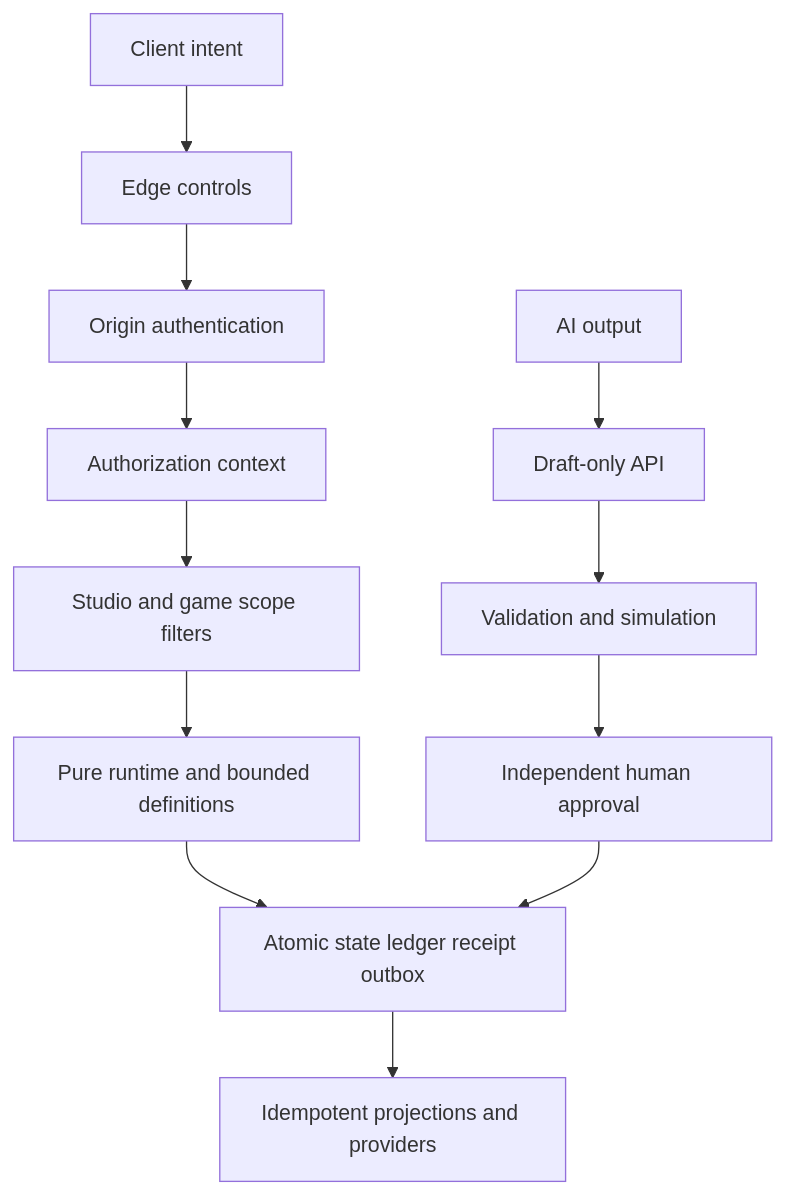
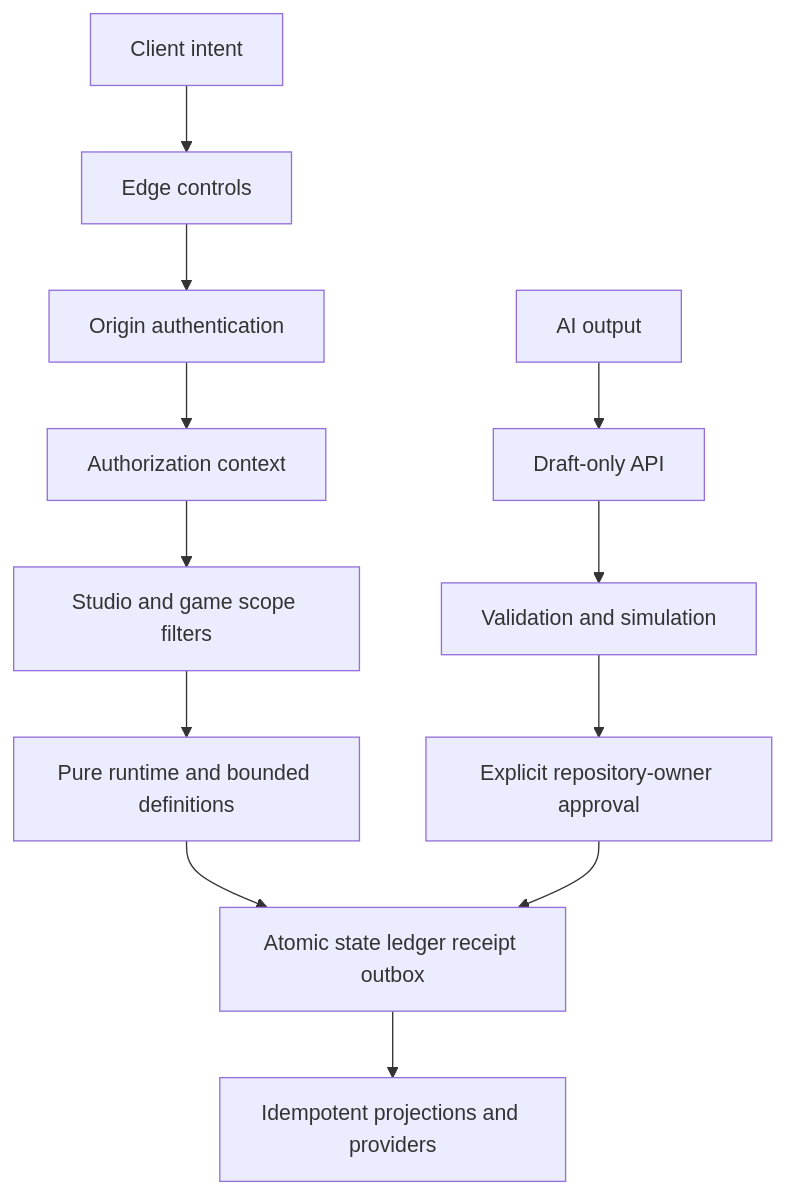
One commit to Lengrowth/LenGeas changed the diagram in docs/architecture/diagrams/threat-model.mmd. Above: the diagram before and after it, drawn with Mermaid. The commit also changed 37 other files, not shown here.

First line of the commit message:
P01-T08: align sole-owner approval documentation

```diff
--- a/docs/architecture/diagrams/threat-model.mmd
+++ b/docs/architecture/diagrams/threat-model.mmd
@@ -1,12 +1,12 @@
 flowchart TD
   C[Client intent] --> E[Edge controls]
   E --> A[Origin authentication]
   A --> Z[Authorization context]
   Z --> T[Studio and game scope filters]
   T --> R[Pure runtime and bounded definitions]
   R --> M[Atomic state ledger receipt outbox]
   M --> P[Idempotent projections and providers]
   X[AI output] --> D[Draft-only API]
   D --> V[Validation and simulation]
-  V --> H[Independent human approval]
+  V --> H[Explicit repository-owner approval]
   H --> M
```
